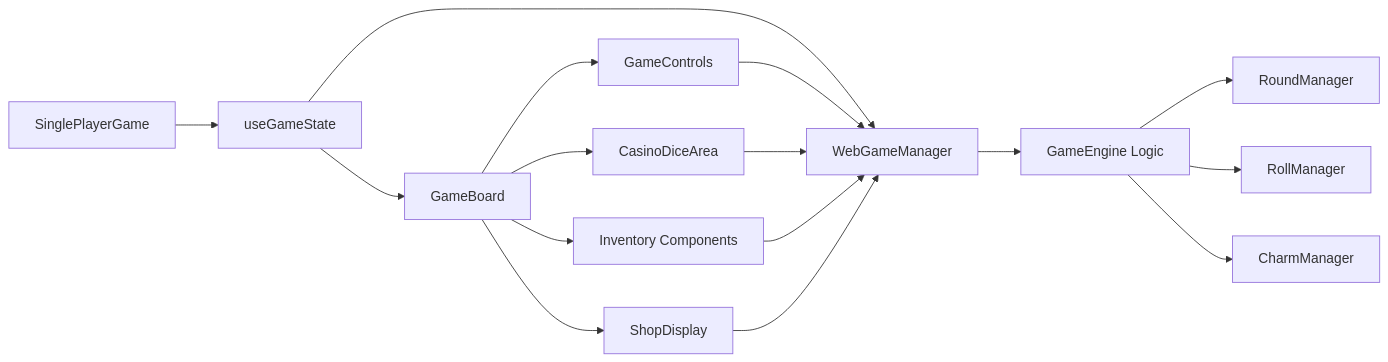
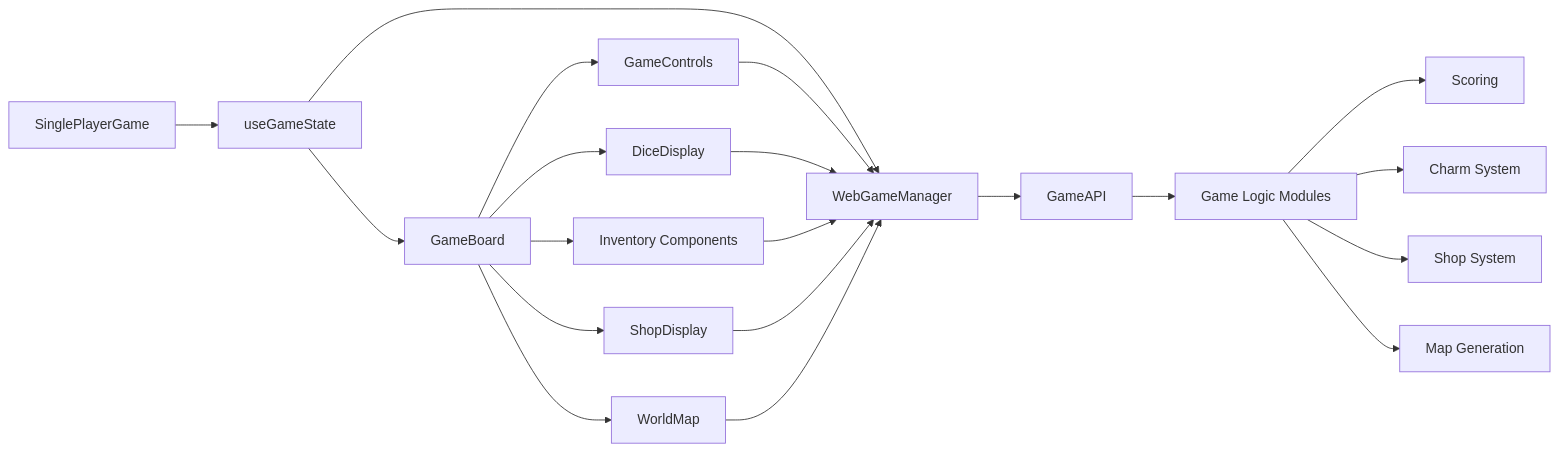
The second of 2 diagrams in docs/architecture/game-flow.md (bbeaudet-dev/rollio), drawn with Mermaid before and after one commit. The commit also changed other lines of this file and 8 other files, not shown here.

````diff
--- a/docs/architecture/game-flow.md
+++ b/docs/architecture/game-flow.md
@@ -206,20 +261,24 @@
 ```mermaid
 flowchart LR
     A[SinglePlayerGame] --> B[useGameState]
     B --> C[WebGameManager]
-    C --> D[GameEngine Logic]
-    D --> E[RoundManager]
-    D --> F[RollManager]
-    D --> G[CharmManager]
+    C --> D[GameAPI]
+    D --> E[Game Logic Modules]
+    E --> F[Scoring]
+    E --> G[Charm System]
+    E --> H[Shop System]
+    E --> I[Map Generation]
 
-    B --> H[GameBoard]
-    H --> I[GameControls]
-    H --> J[CasinoDiceArea]
-    H --> K[Inventory Components]
-    H --> L[ShopDisplay]
+    B --> J[GameBoard]
+    J --> K[GameControls]
+    J --> L[DiceDisplay]
+    J --> M[Inventory Components]
+    J --> N[ShopDisplay]
+    J --> O[WorldMap]
 
-    I --> C
-    J --> C
     K --> C
     L --> C
+    M --> C
+    N --> C
+    O --> C
 ```
````
